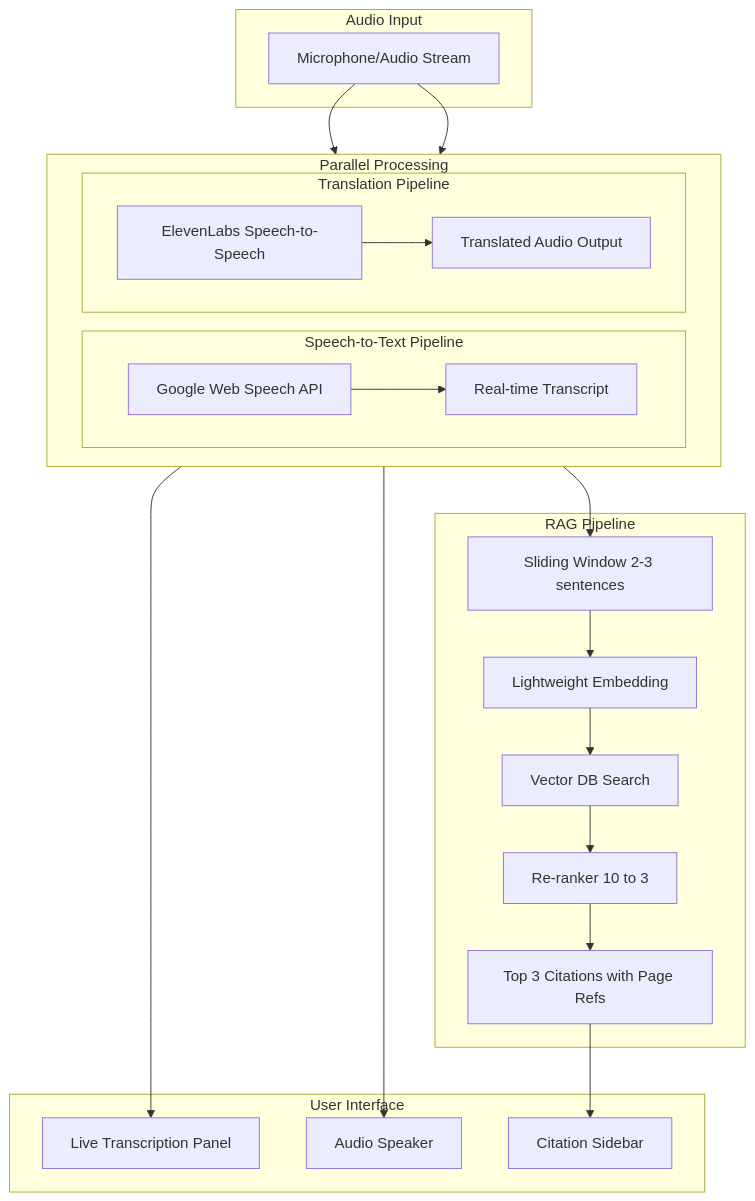
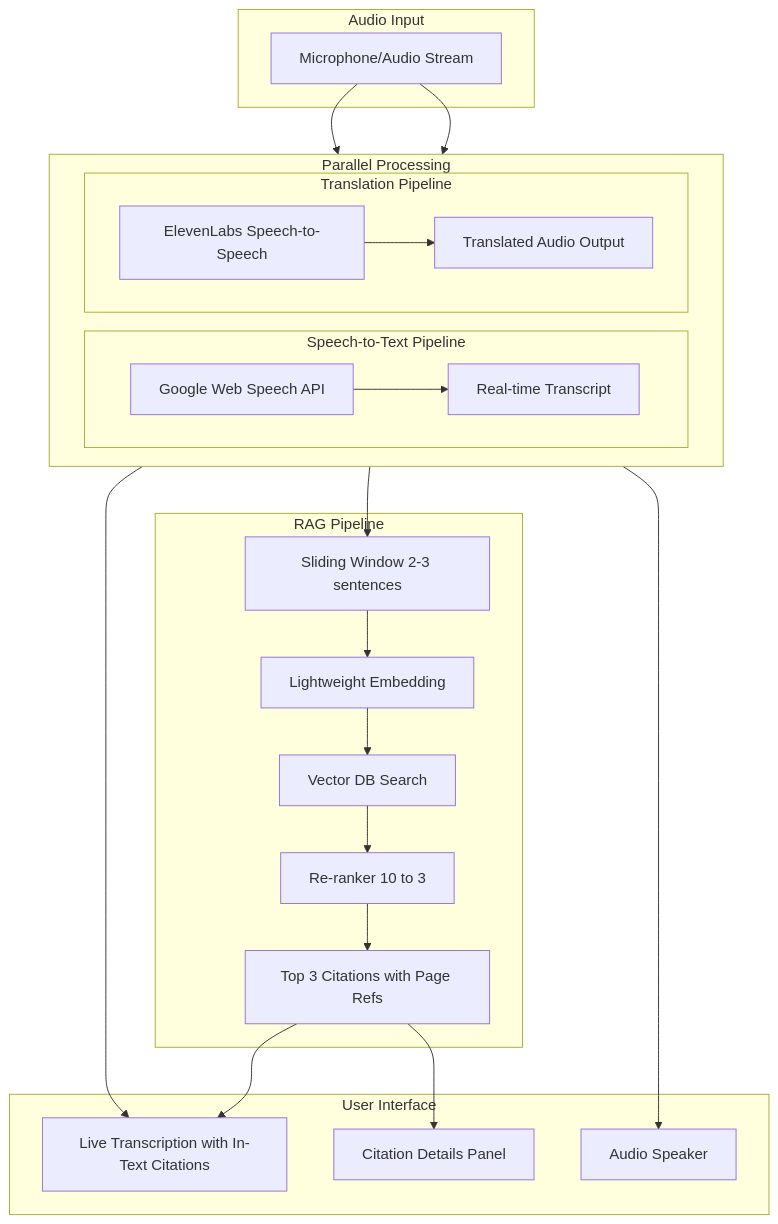
Before and after one commit to AbeerDas/Rosetta-HackHive: the first of 3 diagrams in docs/PRD.md, drawn with Mermaid. The commit also changed other lines of this file, not shown here.

````diff
--- a/docs/PRD.md
+++ b/docs/PRD.md
@@ -156,47 +156,48 @@
 ```mermaid
 flowchart TB
     subgraph input [Audio Input]
         MIC[Microphone/Audio Stream]
     end
     
     subgraph parallel [Parallel Processing]
         direction LR
         subgraph stt [Speech-to-Text Pipeline]
             GWSAPI[Google Web Speech API]
             TRANSCRIPT[Real-time Transcript]
             GWSAPI --> TRANSCRIPT
         end
         
         subgraph translation [Translation Pipeline]
             ELEVEN[ElevenLabs Speech-to-Speech]
             AUDIO_OUT[Translated Audio Output]
             ELEVEN --> AUDIO_OUT
         end
     end
     
     subgraph rag [RAG Pipeline]
         WINDOW[Sliding Window 2-3 sentences]
         EMBED[Lightweight Embedding]
         SEARCH[Vector DB Search]
         RERANK[Re-ranker 10 to 3]
         CITATIONS[Top 3 Citations with Page Refs]
         
         WINDOW --> EMBED
         EMBED --> SEARCH
         SEARCH --> RERANK
         RERANK --> CITATIONS
     end
     
     subgraph output [User Interface]
-        TRANSCRIPTION[Live Transcription Panel]
+        TRANSCRIPTION[Live Transcription with In-Text Citations]
         SPEAKER[Audio Speaker]
-        SIDEBAR[Citation Sidebar]
+        SIDEBAR[Citation Details Panel]
     end
     
     MIC --> GWSAPI
     MIC --> ELEVEN
     TRANSCRIPT --> TRANSCRIPTION
     TRANSCRIPT --> WINDOW
     AUDIO_OUT --> SPEAKER
+    CITATIONS --> TRANSCRIPTION
     CITATIONS --> SIDEBAR
 ```
````
